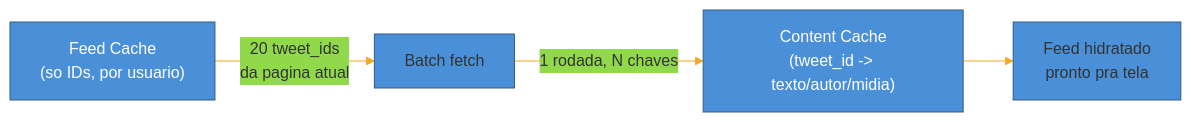
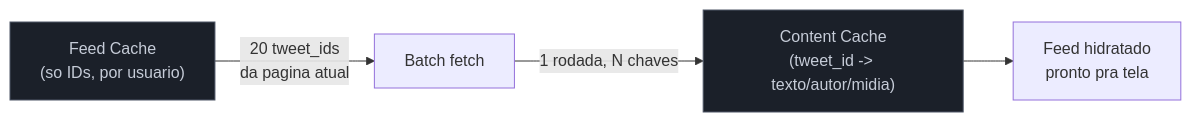
One commit to josenaldo/codex-technomanticus changed the fifth of 5 diagrams in 03-Dominios/Engenharia/Arquitetura/System Design/4 - Walkthroughs/02 - News Feed e Timeline.md. Above: the diagram before and after it, drawn with Mermaid. The commit also changed other lines of this file and 1181 other files, not shown here.

First line of the commit message:
fix(diagramas): paleta do sistema no lugar de cor cravada no markdown

````diff
--- a/03-Dominios/Engenharia/Arquitetura/System Design/4 - Walkthroughs/02 - News Feed e Timeline.md
+++ b/03-Dominios/Engenharia/Arquitetura/System Design/4 - Walkthroughs/02 - News Feed e Timeline.md
@@ -268,9 +268,9 @@
 ```mermaid
-%%{init: {"theme": "base", "themeVariables": {"primaryColor": "#4A90D9", "primaryBorderColor": "#2E5C8A", "lineColor": "#F5A623"}}}%%
 graph LR
+    classDef neutro fill:#1B2029,stroke:#4E5666,color:#C6CCD8
     FEED["Feed Cache<br/>(so IDs, por usuario)"] -->|"20 tweet_ids<br/>da pagina atual"| BATCH["Batch fetch"]
     BATCH -->|"1 rodada, N chaves"| CONTENT["Content Cache<br/>(tweet_id -> texto/autor/midia)"]
     CONTENT --> RESP["Feed hidratado<br/>pronto pra tela"]
-    style FEED fill:#4A90D9,color:#fff
-    style CONTENT fill:#4A90D9,color:#fff
+    class FEED neutro
+    class CONTENT neutro
 ```
````
